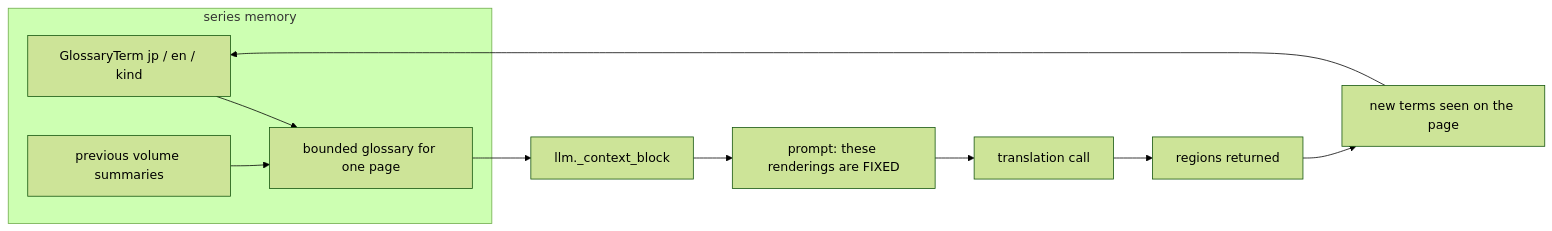
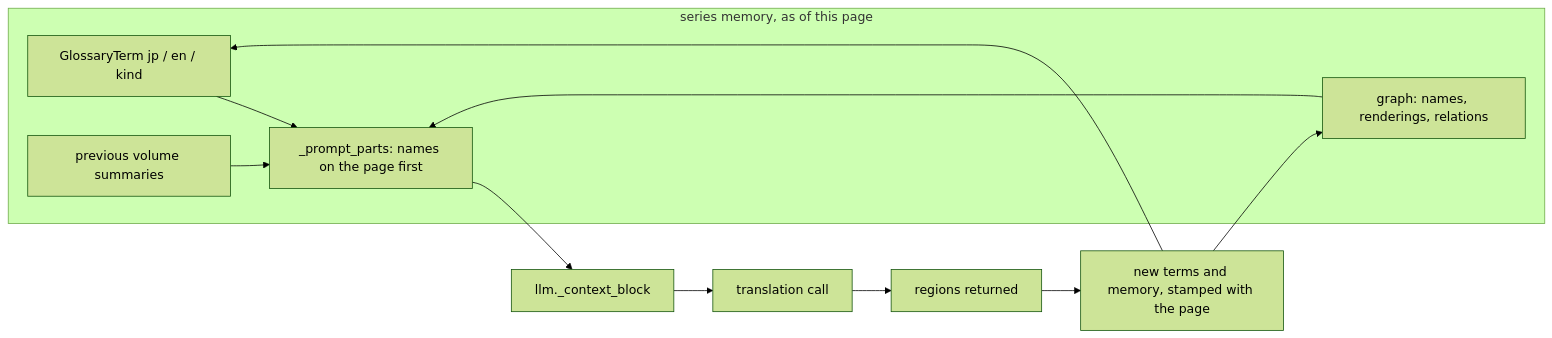
The third of 3 diagrams in docs/ONBOARDING.md (computator1200/tome), drawn with Mermaid (forest theme) before and after one commit. The commit also changed other lines of this file and 29 other files, not shown here.

````diff
--- a/docs/ONBOARDING.md
+++ b/docs/ONBOARDING.md
@@ -173,16 +175,18 @@
 ```mermaid
 flowchart LR
-    subgraph S["series memory"]
+    subgraph S["series memory, as of this page"]
         T["GlossaryTerm jp / en / kind"]
+        GR["graph: names, renderings, relations"]
         SM["previous volume summaries"]
-        G["bounded glossary for one page"]
+        G["_prompt_parts: names on the page first"]
         T --> G
+        GR --> G
         SM --> G
     end
     G --> C["llm._context_block"]
-    C --> PR["prompt: these renderings are FIXED"]
-    PR --> M["translation call"]
+    C --> M["translation call"]
     M --> R["regions returned"]
-    R --> NEW["new terms seen on the page"]
+    R --> NEW["new terms and memory, stamped with the page"]
     NEW --> T
+    NEW --> GR
 ```
````
